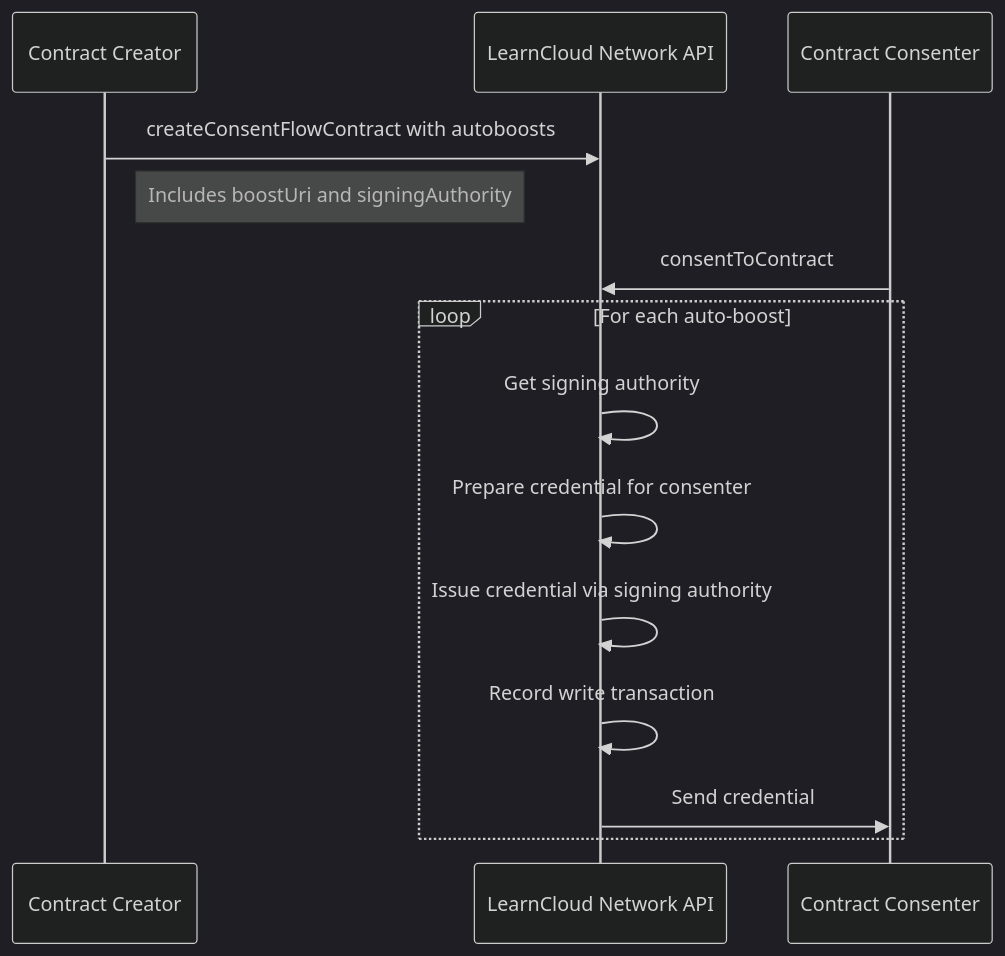
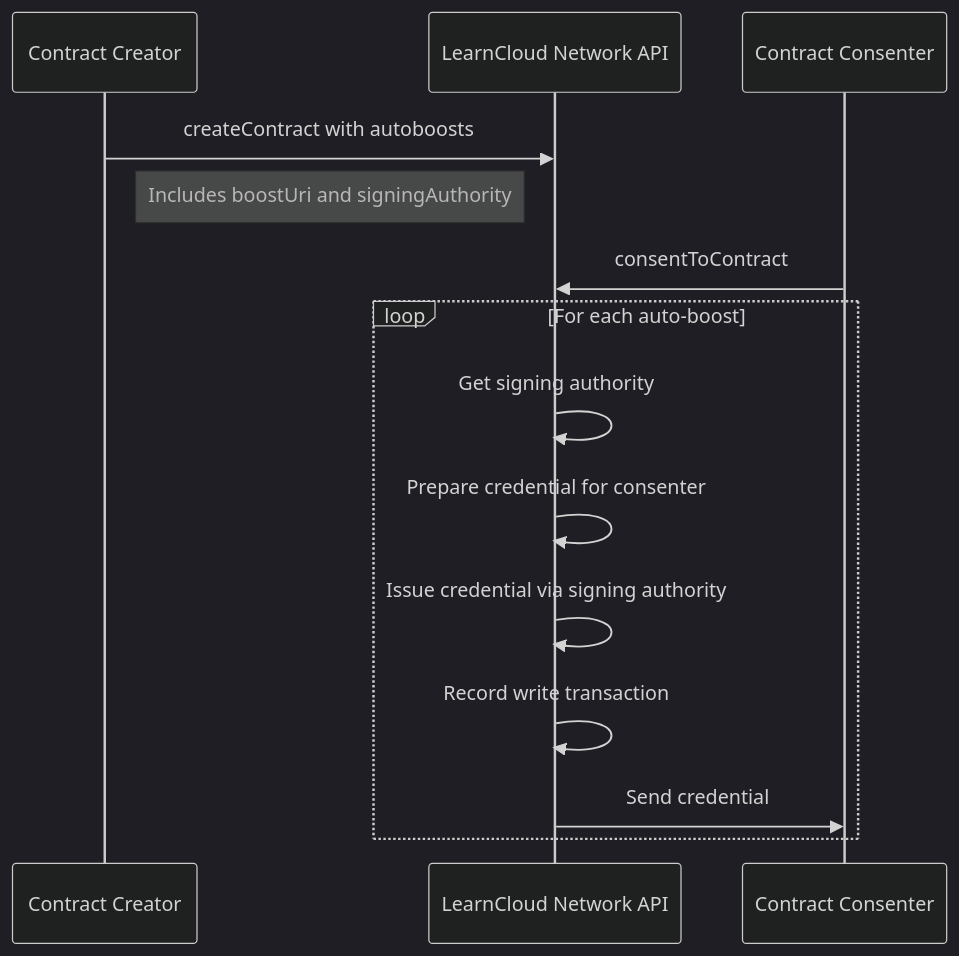
One commit to learningeconomy/LearnCard changed the diagram in docs/core-concepts/consent-and-permissions/auto-boosts.md. Above: the diagram before and after it, drawn with Mermaid (dark theme). The commit also changed other lines of this file and 38 other files, not shown here.

````diff
--- a/docs/core-concepts/consent-and-permissions/auto-boosts.md
+++ b/docs/core-concepts/consent-and-permissions/auto-boosts.md
@@ -9,19 +9,19 @@
 ```mermaid
 sequenceDiagram
     participant Creator as Contract Creator
     participant API as LearnCloud Network API
     participant Consenter as Contract Consenter
 
-    Creator->>API: createConsentFlowContract with autoboosts
+    Creator->>API: createContract with autoboosts
     Note right of Creator: Includes boostUri and signingAuthority
 
     Consenter->>API: consentToContract
 
     loop For each auto-boost
         API->>API: Get signing authority
         API->>API: Prepare credential for consenter
         API->>API: Issue credential via signing authority
         API->>API: Record write transaction
         API->>Consenter: Send credential
     end
 ```
````
